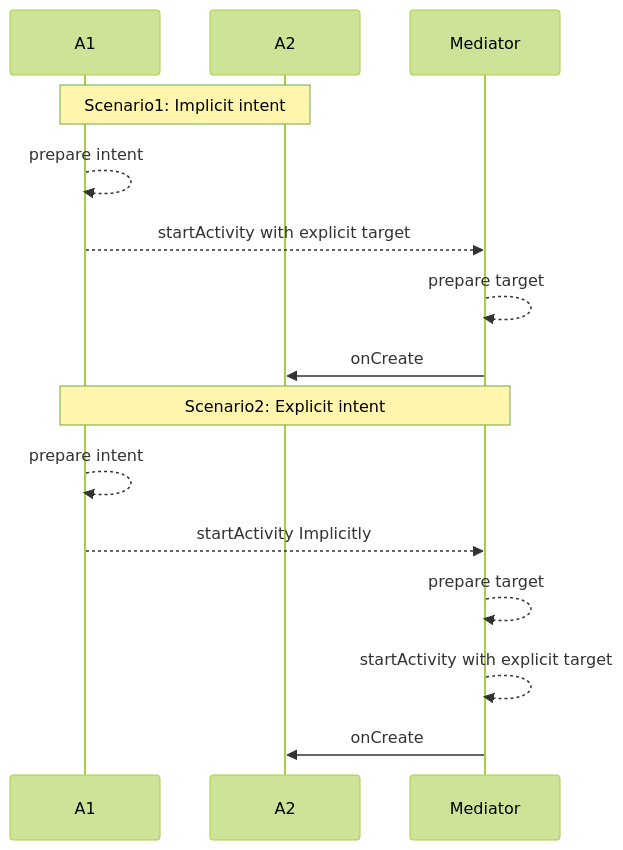
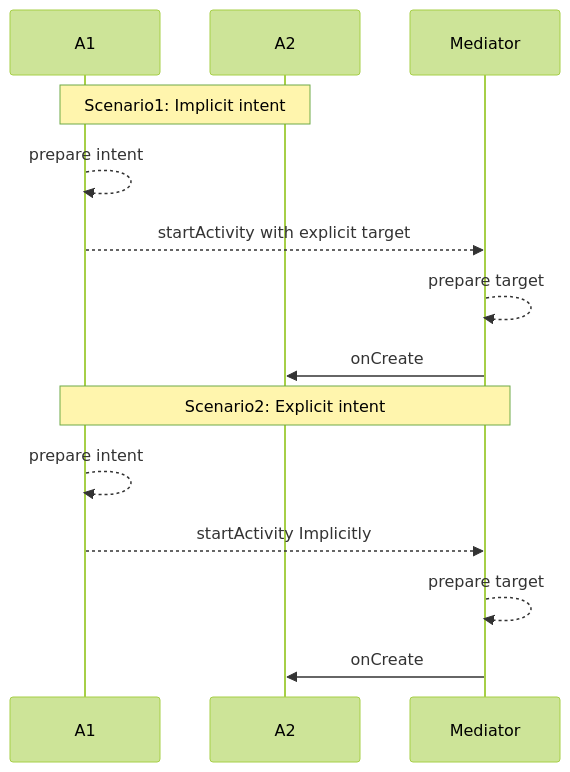
The second of 6 diagrams in flutter/android_to_flutter.md (gordianknotC/nxp_note), drawn with Mermaid (forest theme) before and after one commit. The commit also changed other lines of this file, not shown here.

````diff
--- a/flutter/android_to_flutter.md
+++ b/flutter/android_to_flutter.md
@@ -20,19 +23,18 @@
 ```mermaid
 sequenceDiagram
 participant A1
 participant A2
 participant Mediator
 
 Note over A1, A2: Scenario1: Implicit intent
 A1 -->> A1: prepare intent
 A1 -->> Mediator: startActivity with explicit target
 Mediator -->> Mediator: prepare target
 Mediator->>  A2: onCreate
 
 Note over A1, Mediator: Scenario2: Explicit intent
 A1 -->> A1: prepare intent
 A1 -->> Mediator: startActivity Implicitly
 Mediator-->> Mediator: prepare target
-Mediator-->> Mediator: startActivity with explicit target
 Mediator->> A2: onCreate
 ```
````
